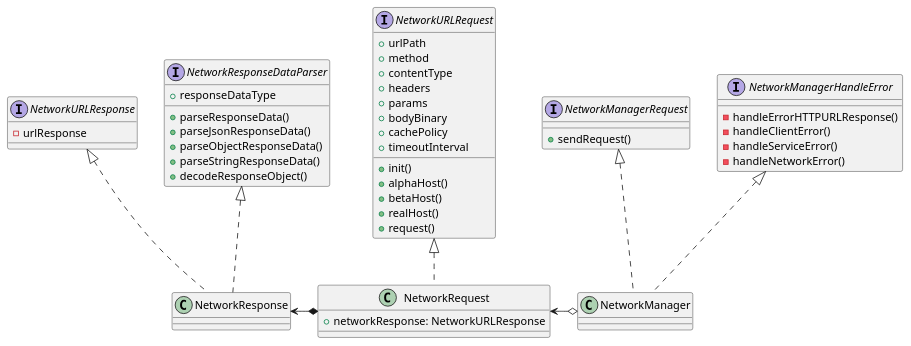
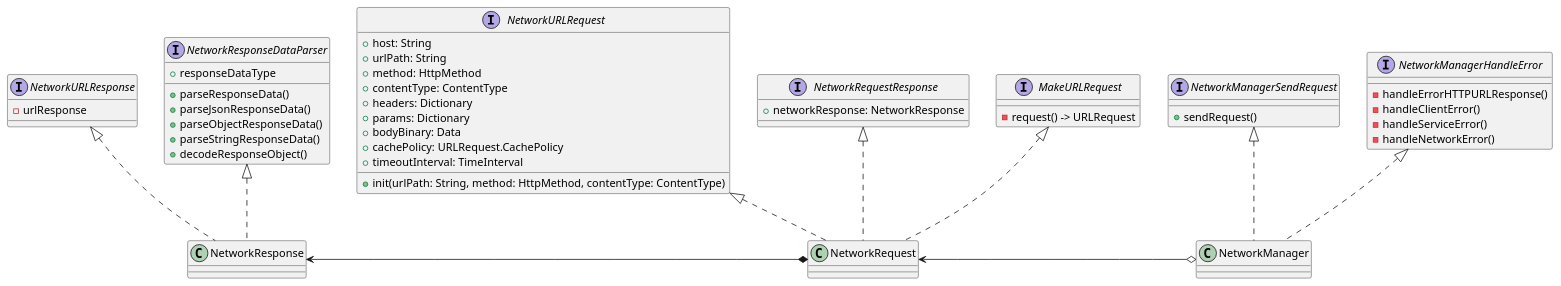
The diagram in uml.md (tigi44/UNNetworking), drawn with PlantUML before and after one commit. The commit also changed 5 other files, not shown here.

````diff
--- a/uml.md
+++ b/uml.md
@@ -1,63 +1,68 @@
 ```plantuml
-NetworkManagerRequest <|.. NetworkManager
+NetworkManagerSendRequest <|.. NetworkManager
 NetworkManagerHandleError <|.. NetworkManager
 
 NetworkURLRequest <|.. NetworkRequest
+NetworkRequestResponse <|.. NetworkRequest
+MakeURLRequest <|.. NetworkRequest
 
 NetworkURLResponse <|.. NetworkResponse
 NetworkResponseDataParser <|.. NetworkResponse
 
 NetworkResponse <-* NetworkRequest 
 NetworkRequest <-o NetworkManager
 
 
 
-interface NetworkManagerRequest {
+interface NetworkManagerSendRequest {
 + sendRequest()
 }
 
 interface NetworkManagerHandleError {
 - handleErrorHTTPURLResponse()
 - handleClientError()
 - handleServiceError()
 - handleNetworkError()
 }
 
 class NetworkManager {}
 
 interface NetworkURLRequest {
-+ urlPath
-+ method
-+ contentType
-+ headers
-+ params
-+ bodyBinary
-+ cachePolicy
-+ timeoutInterval
++ host: String
++ urlPath: String
++ method: HttpMethod
++ contentType: ContentType
++ headers: Dictionary
++ params: Dictionary
++ bodyBinary: Data
++ cachePolicy: URLRequest.CachePolicy
++ timeoutInterval: TimeInterval
 
-+ init()
-+ alphaHost()
-+ betaHost()
-+ realHost()
-+ request()
++ init(urlPath: String, method: HttpMethod, contentType: ContentType)
 }
 
-class NetworkRequest {
-+ networkResponse: NetworkURLResponse
+interface NetworkRequestResponse {
++ networkResponse: NetworkResponse
 }
+
+interface MakeURLRequest {
+- request() -> URLRequest
+}
+
+class NetworkRequest {}
 
 interface NetworkURLResponse {
 - urlResponse
 }
 
 interface NetworkResponseDataParser {
 + responseDataType
 + parseResponseData()
 + parseJsonResponseData()
 + parseObjectResponseData()
 + parseStringResponseData()
 + decodeResponseObject()
 }
 
 class NetworkResponse {}
 ```
````
